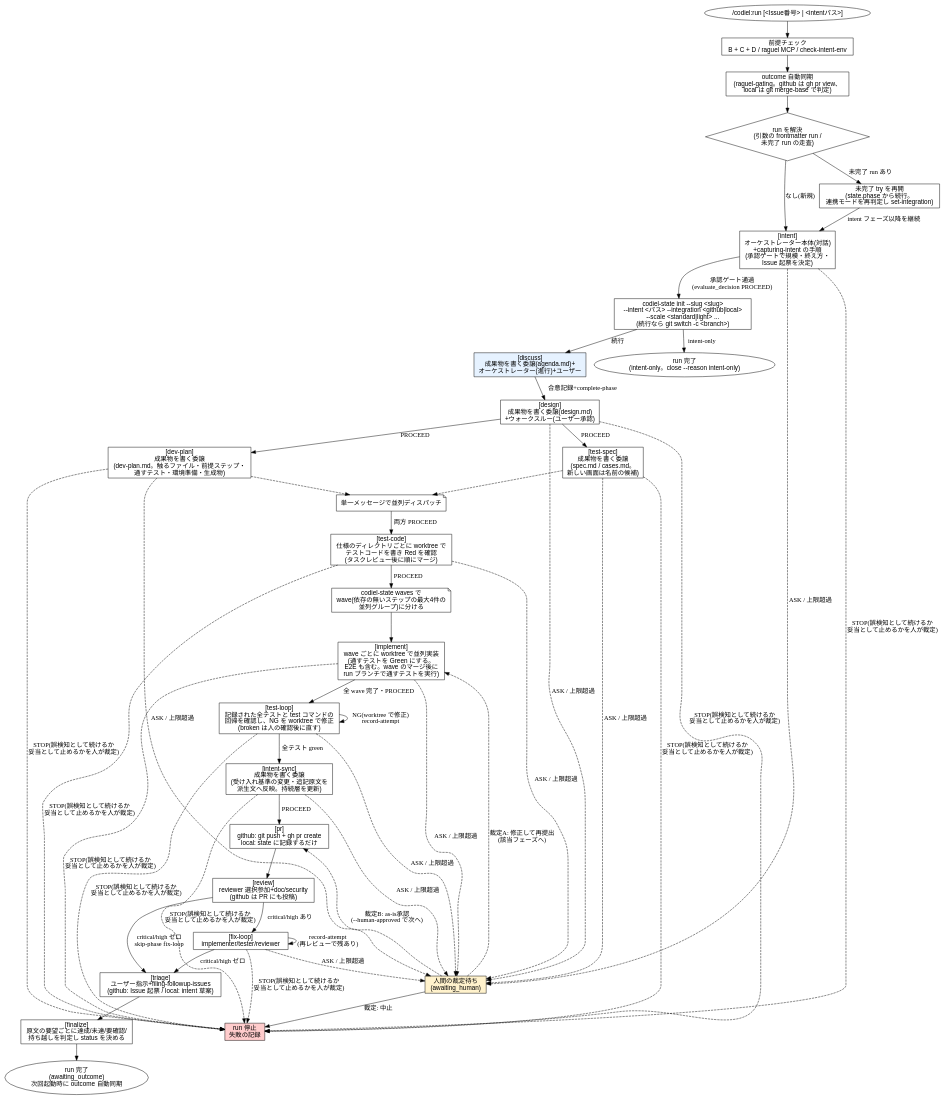
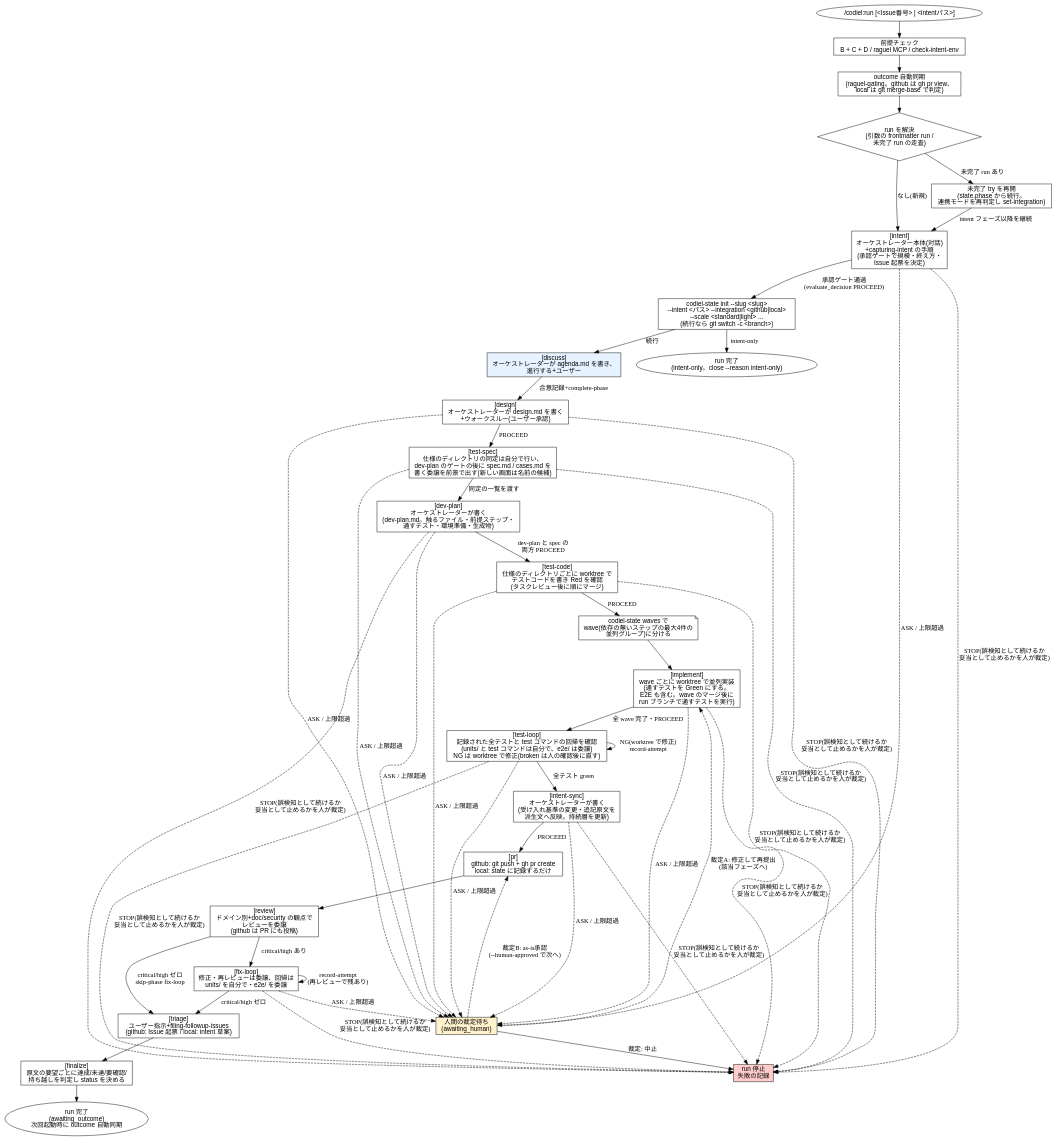
Diagram 14 of 15 in plugins/codiel/docs/skill-flowcharts.md (Amatsuka-kobo/amatsuka-claude-plugins), drawn with Graphviz before and after one commit. The commit also changed other lines of this file and 7 other files, not shown here.

````diff
--- a/plugins/codiel/docs/skill-flowcharts.md
+++ b/plugins/codiel/docs/skill-flowcharts.md
@@ -578,69 +578,66 @@
 ```dot
 digraph codiel_run {
   rankdir=TB;
   node [fontname="sans-serif"];
 
   start [label="/codiel:run [<Issue番号> | <intentパス>]", shape=ellipse];
   precheck [label="前提チェック\nB + C + D / raguel MCP / check-intent-env", shape=box];
   sync [label="outcome 自動同期\n(raguel-gating。github は gh pr view、\nlocal は git merge-base で判定)", shape=box];
   resolve [label="run を解決\n(引数の frontmatter run /\n未完了 run の走査)", shape=diamond];
   resume [label="未完了 try を再開\n(state.phase から続行。\n連携モードを再判定し set-integration)", shape=box];
 
   intent [label="[intent]\nオーケストレーター本体(対話)\n+capturing-intent の手順\n(承認ゲートで規模・終え方・\nIssue 起票を決定)", shape=box];
   intent_init [label="codiel-state init --slug <slug>\n--intent <パス> --integration <github|local>\n--scale <standard|light> ...\n(続行なら git switch -c <branch>)", shape=box];
-  discuss [label="[discuss]\n成果物を書く委譲(agenda.md)+\nオーケストレーター(進行)+ユーザー", shape=box, style=filled, fillcolor="#e6f2ff"];
-  design [label="[design]\n成果物を書く委譲(design.md)\n+ウォークスルー(ユーザー承認)", shape=box];
-  testspec [label="[test-spec]\n成果物を書く委譲\n(spec.md / cases.md。\n新しい画面は名前の候補)", shape=box];
-  devplan [label="[dev-plan]\n成果物を書く委譲\n(dev-plan.md。触るファイル・前提ステップ・\n通すテスト・環境準備・生成物)", shape=box];
-  parallel [label="単一メッセージで並列ディスパッチ", shape=note];
+  discuss [label="[discuss]\nオーケストレーターが agenda.md を書き、\n進行する+ユーザー", shape=box, style=filled, fillcolor="#e6f2ff"];
+  design [label="[design]\nオーケストレーターが design.md を書く\n+ウォークスルー(ユーザー承認)", shape=box];
+  testspec [label="[test-spec]\n仕様のディレクトリの同定は自分で行い、\ndev-plan のゲートの後に spec.md / cases.md を\n書く委譲を前景で出す(新しい画面は名前の候補)", shape=box];
+  devplan [label="[dev-plan]\nオーケストレーターが書く\n(dev-plan.md。触るファイル・前提ステップ・\n通すテスト・環境準備・生成物)", shape=box];
   testcode [label="[test-code]\n仕様のディレクトリごとに worktree で\nテストコードを書き Red を確認\n(タスクレビュー後に順にマージ)", shape=box];
   waves [label="codiel-state waves で\nwave(依存の無いステップの最大4件の\n並列グループ)に分ける", shape=note];
   implement [label="[implement]\nwave ごとに worktree で並列実装\n(通すテストを Green にする。\nE2E も含む。wave のマージ後に\nrun ブランチで通すテストを実行)", shape=box];
-  testloop [label="[test-loop]\n記録された全テストと test コマンドの\n回帰を確認し、NG を worktree で修正\n(broken は人の確認後に直す)", shape=box];
-  intentsync [label="[intent-sync]\n成果物を書く委譲\n(受け入れ基準の変更・追記原文を\n派生文へ反映。持続層を更新)", shape=box];
+  testloop [label="[test-loop]\n記録された全テストと test コマンドの回帰を確認\n(units/ と test コマンドは自分で、e2e/ は委譲)\nNG は worktree で修正(broken は人の確認後に直す)", shape=box];
+  intentsync [label="[intent-sync]\nオーケストレーターが書く\n(受け入れ基準の変更・追記原文を\n派生文へ反映。持続層を更新)", shape=box];
   pr [label="[pr]\ngithub: git push + gh pr create\nlocal: state に記録するだけ", shape=box];
-  review [label="[review]\nreviewer 選択参加+doc/security\n(github は PR にも投稿)", shape=box];
-  fixloop [label="[fix-loop]\nimplementer/tester/reviewer", shape=box];
+  review [label="[review]\nドメイン別+doc/security の観点で\nレビューを委譲\n(github は PR にも投稿)", shape=box];
+  fixloop [label="[fix-loop]\n修正・再レビューは委譲、回帰は\nunits/ を自分で・e2e/ を委譲", shape=box];
   triage [label="[triage]\nユーザー指示+filing-followup-issues\n(github: Issue 起票 / local: intent 草案)", shape=box];
   finalize [label="[finalize]\n原文の要望ごとに達成/未達/要確認/\n持ち越しを判定し status を決める", shape=box];
 
   human [label="人間の裁定待ち\n(awaiting_human)", shape=box, style=filled, fillcolor="#fff2cc"];
   stopped [label="run 停止\n失敗の記録", shape=box, style=filled, fillcolor="#ffcccc"];
   outcome [label="run 完了\n(awaiting_outcome)\n次回起動時に outcome 自動同期", shape=ellipse];
   intentonly [label="run 完了\n(intent-only。close --reason intent-only)", shape=ellipse];
 
   start -> precheck -> sync -> resolve;
   resolve -> resume [label="未完了 run あり"];
   resolve -> intent [label="なし(新規)"];
   resume -> intent [label="intent フェーズ以降を継続"];
 
   intent -> intent_init [label="承認ゲート通過\n(evaluate_decision PROCEED)"];
   intent_init -> discuss [label="続行"];
   intent_init -> intentonly [label="intent-only"];
   discuss -> design [label="合意記録+complete-phase"];
   design -> testspec [label="PROCEED"];
-  design -> devplan [label="PROCEED"];
-  testspec -> parallel [style=dashed];
-  devplan -> parallel [style=dashed];
-  parallel -> testcode [label="両方 PROCEED"];
+  testspec -> devplan [label="同定の一覧を渡す"];
+  devplan -> testcode [label="dev-plan と spec の\n両方 PROCEED"];
   testcode -> waves [label="PROCEED"];
   waves -> implement;
   implement -> testloop [label="全 wave 完了・PROCEED"];
   testloop -> testloop [label="NG(worktree で修正)\nrecord-attempt"];
   testloop -> intentsync [label="全テスト green"];
   intentsync -> pr [label="PROCEED"];
   pr -> review;
   review -> fixloop [label="critical/high あり"];
   review -> triage [label="critical/high ゼロ\nskip-phase fix-loop"];
   fixloop -> fixloop [label="record-attempt\n(再レビューで残あり)"];
   fixloop -> triage [label="critical/high ゼロ"];
   triage -> finalize;
   finalize -> outcome;
 
   { intent design testspec devplan testcode implement testloop intentsync fixloop } -> human [label="ASK / 上限超過", style=dashed];
   { intent design testspec devplan testcode implement testloop intentsync fixloop } -> stopped [label="STOP(誤検知として続けるか\n妥当として止めるかを人が裁定)", style=dashed];
   human -> stopped [label="裁定: 中止"];
   human -> implement [label="裁定A: 修正して再提出\n(該当フェーズへ)", style=dashed];
   human -> pr [label="裁定B: as-is承認\n(--human-approved で次へ)", style=dashed];
 }
 ```
````
